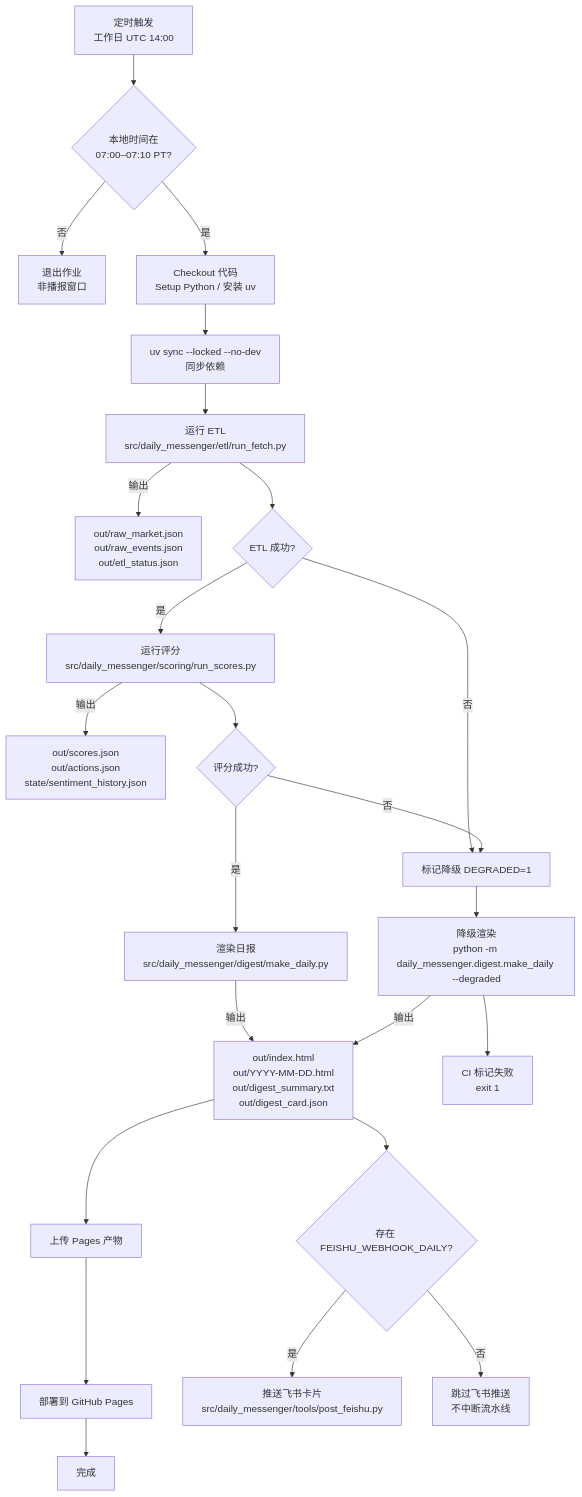
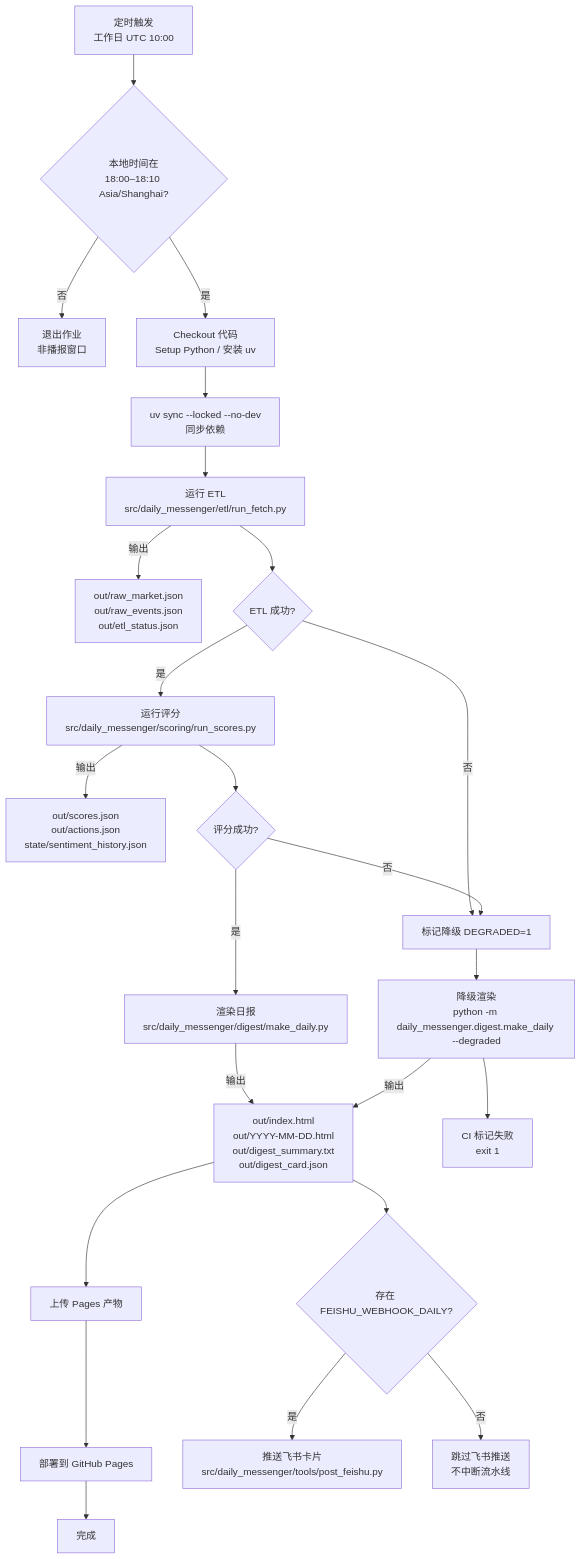
One commit to runchengxie/daily-messenger changed the first of 2 diagrams in README.md. Above: the diagram before and after it, drawn with Mermaid. The commit also changed other lines of this file and 1 other file, not shown here.

````diff
--- a/README.md
+++ b/README.md
@@ -45,25 +45,25 @@
 ```mermaid
 flowchart TD
-    A[定时触发<br/>工作日 UTC 14:00] --> B{本地时间在<br/>07:00–07:10 PT?}
+    A[定时触发<br/>工作日 UTC 10:00] --> B{本地时间在<br/>18:00–18:10 Asia/Shanghai?}
     B -- 否 --> X[退出作业<br/>非播报窗口]
     B -- 是 --> C[Checkout 代码<br/>Setup Python / 安装 uv]
     C --> D[uv sync --locked --no-dev<br/>同步依赖]
     D --> E[运行 ETL<br/>src/daily_messenger/etl/run_fetch.py]
     E -->|输出| Eo[out/raw_market.json<br/>out/raw_events.json<br/>out/etl_status.json]
     E --> F{ETL 成功?}
     F -- 否 --> G[标记降级 DEGRADED=1]
     F -- 是 --> H[运行评分<br/>src/daily_messenger/scoring/run_scores.py]
     H -->|输出| Ho[out/scores.json<br/>out/actions.json<br/>state/sentiment_history.json]
     H --> I{评分成功?}
     I -- 否 --> G
     I -- 是 --> J[渲染日报<br/>src/daily_messenger/digest/make_daily.py]
     G --> Jd[降级渲染<br/>python -m daily_messenger.digest.make_daily --degraded]
     J & Jd -->|输出| Ko[out/index.html<br/>out/YYYY-MM-DD.html<br/>out/digest_summary.txt<br/>out/digest_card.json]
     Ko --> L[上传 Pages 产物]
     L --> M[部署到 GitHub Pages]
     Ko --> N{存在 FEISHU_WEBHOOK_DAILY?}
     N -- 是 --> O[推送飞书卡片<br/>src/daily_messenger/tools/post_feishu.py]
     N -- 否 --> P[跳过飞书推送<br/>不中断流水线]
     Jd --> Q[CI 标记失败<br/>exit 1]
     M --> R[完成]
 ```
````
